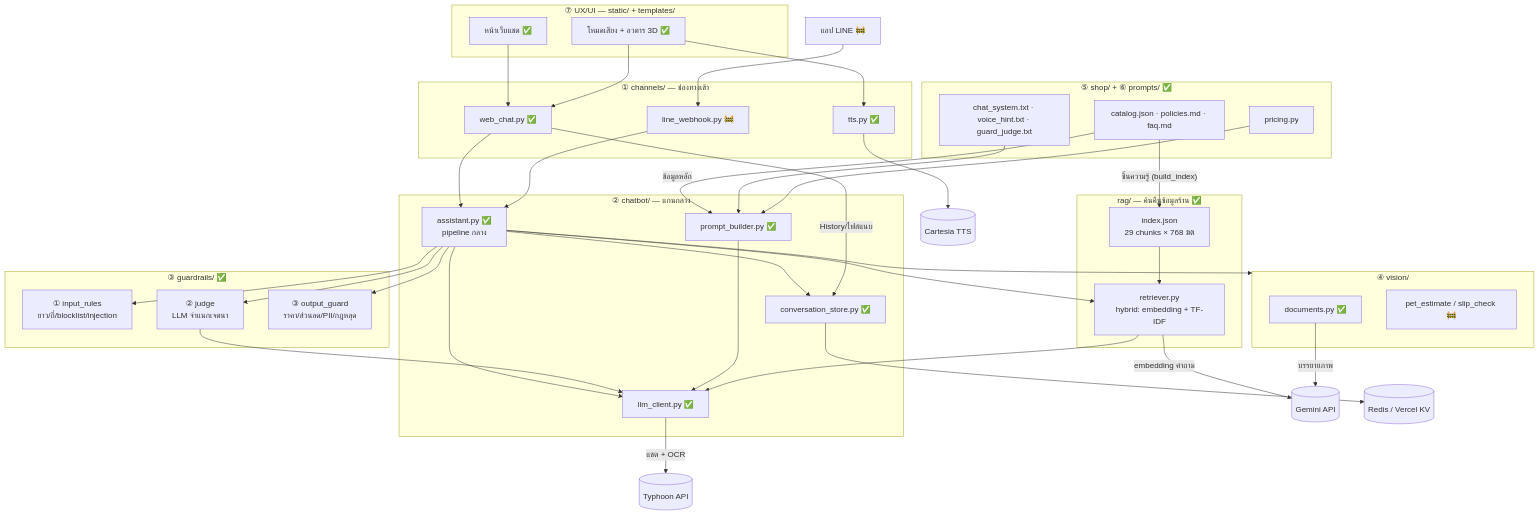
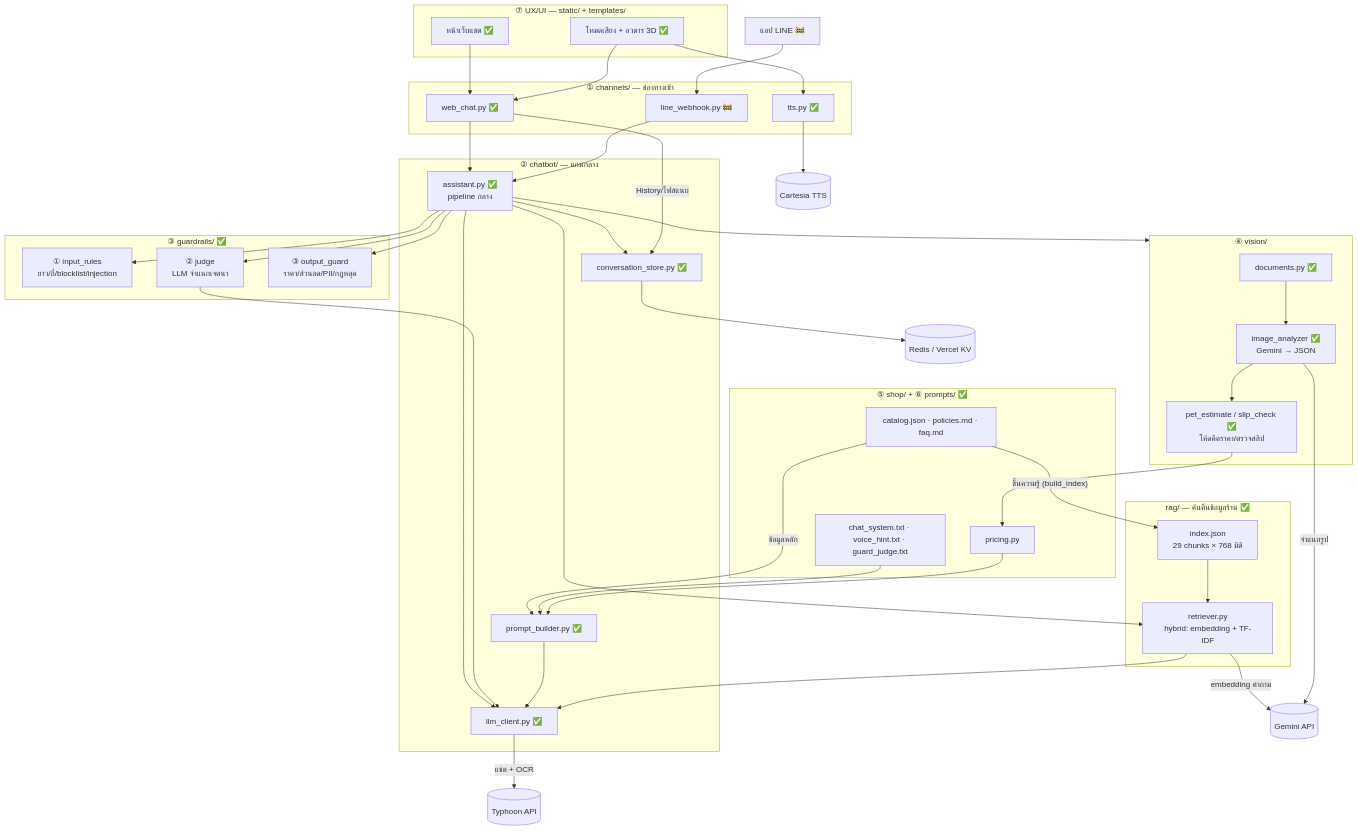
The first of 3 diagrams in docs/system-architecture.md (Myname30275/Project-chatbot), drawn with Mermaid before and after one commit. The commit also changed other lines of this file and 30 other files, not shown here.

First line of the commit message:
Add shop-specific vision: pet price estimate and deposit slip check

````diff
--- a/docs/system-architecture.md
+++ b/docs/system-architecture.md
@@ -17,72 +17,75 @@
 ```mermaid
 flowchart TB
     subgraph UI["⑦ UX/UI — static/ + templates/"]
         WEB["หน้าเว็บแชต ✅"]
         VOICE["โหมดเสียง + อวตาร 3D ✅"]
     end
     LINE["แอป LINE 🚧"]
 
     subgraph CH["① channels/ — ช่องทางเข้า"]
         WC["web_chat.py ✅"]
         TTS["tts.py ✅"]
         LW["line_webhook.py 🚧"]
     end
 
     subgraph CORE["② chatbot/ — แกนกลาง"]
         AS["assistant.py ✅<br/>pipeline กลาง"]
         PB["prompt_builder.py ✅"]
         LLMC["llm_client.py ✅"]
         STORE["conversation_store.py ✅"]
     end
 
     subgraph RAGL["rag/ — ค้นคืนข้อมูลร้าน ✅"]
         RAG["retriever.py<br/>hybrid: embedding + TF-IDF"]
         IDX["index.json<br/>29 chunks × 768 มิติ"]
     end
 
     subgraph GR["③ guardrails/ ✅"]
         IG["① input_rules<br/>ยาว/ถี่/blocklist/injection"]
         JG["② judge<br/>LLM จำแนกเจตนา"]
         OG["③ output_guard<br/>ราคา/ส่วนลด/PII/กฎหลุด"]
     end
 
     subgraph VI["④ vision/"]
         DOC["documents.py ✅"]
-        PET["pet_estimate / slip_check 🚧"]
+        IA["image_analyzer ✅<br/>Gemini → JSON"]
+        PET["pet_estimate / slip_check ✅<br/>โค้ดคิดราคา/ตรวจสลิป"]
     end
 
     subgraph DATA["⑤ shop/ + ⑥ prompts/ ✅"]
         CAT["catalog.json · policies.md · faq.md"]
         PR["pricing.py"]
         PT["chat_system.txt · voice_hint.txt · guard_judge.txt"]
     end
 
     WEB --> WC
     VOICE --> WC
     VOICE --> TTS
     LINE --> LW
     WC --> AS
     LW --> AS
     AS --> IG
     AS --> JG
     AS --> OG
     AS --> LLMC
     JG --> LLMC
     AS --> RAG
     AS --> VI
     PB --> LLMC
     RAG --> LLMC
     IDX --> RAG
     CAT -->|"ชิ้นความรู้ (build_index)"| IDX
     CAT -->|ข้อมูลหลัก| PB
     PT --> PB
     PR --> PB
     AS --> STORE
     WC -->|History/ไฟล์แนบ| STORE
     RAG -->|embedding คำถาม| GM
 
     LLMC -->|แชต + OCR| TY[("Typhoon API")]
-    DOC -->|บรรยายภาพ| GM[("Gemini API")]
+    IA -->|จำแนกรูป| GM[("Gemini API")]
+    DOC --> IA --> PET
+    PET --> PR
     TTS --> CT[("Cartesia TTS")]
     STORE --> KV[("Redis / Vercel KV")]
 ```
````
